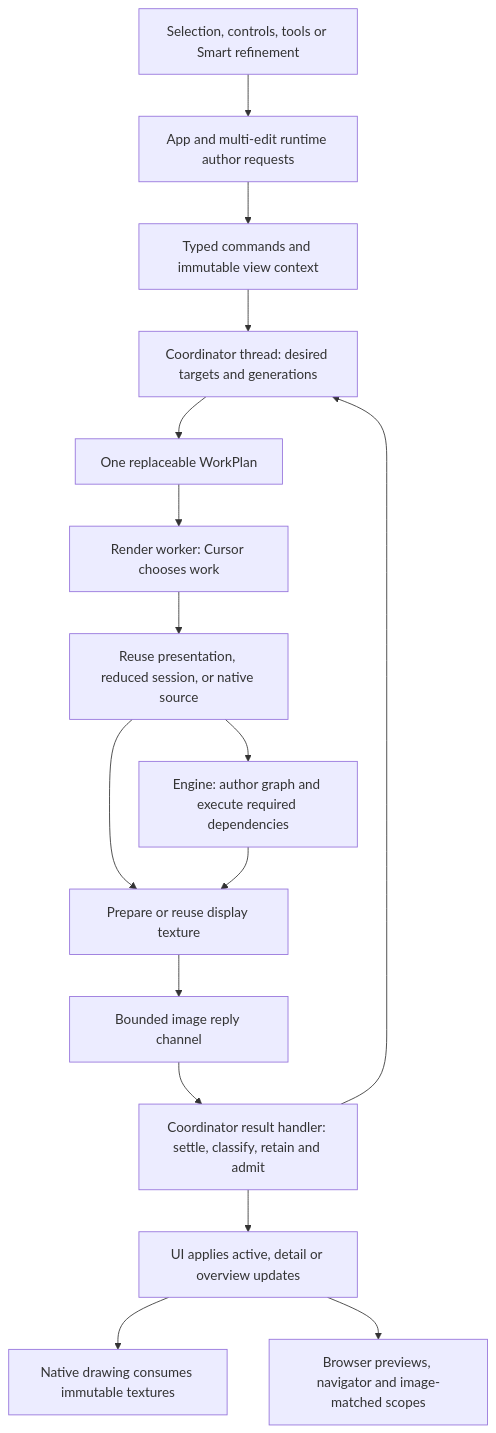
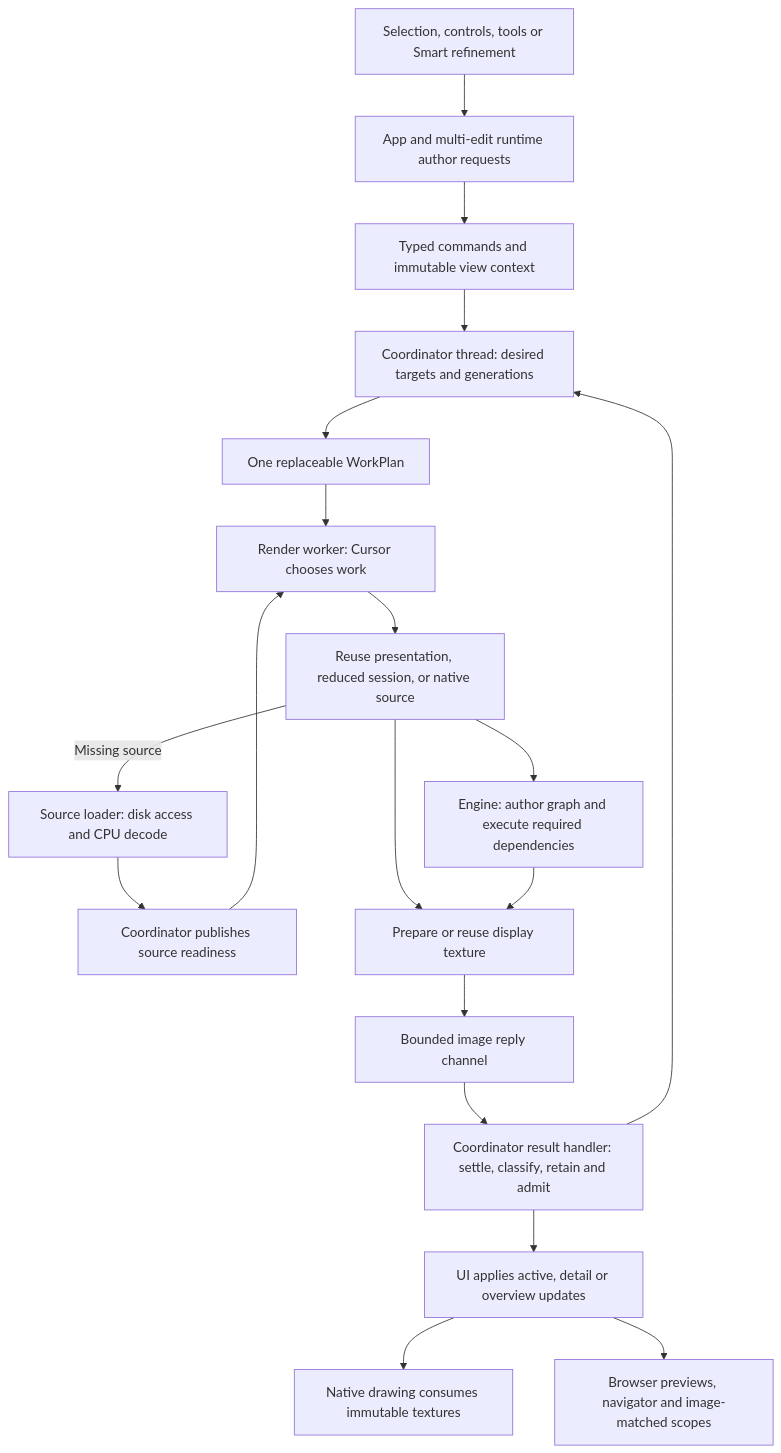
One commit to hank-bond/foveonic changed the first of 2 diagrams in docs/interactive-rendering-architecture.md. Above: the diagram before and after it, drawn with Mermaid. The commit also changed other lines of this file and 23 other files, not shown here.

````diff
--- a/docs/interactive-rendering-architecture.md
+++ b/docs/interactive-rendering-architecture.md
@@ -16,18 +16,21 @@
 ```mermaid
 flowchart TD
     Edit[Selection, controls, tools or Smart refinement] --> UI[App and multi-edit runtime author requests]
     UI --> Commands[Typed commands and immutable view context]
     Commands --> Coordinator[Coordinator thread: desired targets and generations]
     Coordinator --> Plan[One replaceable WorkPlan]
     Plan --> Worker[Render worker: Cursor chooses work]
     Worker --> Reuse[Reuse presentation, reduced session, or native source]
+    Reuse -->|Missing source| Loading[Source loader: disk access and CPU decode]
+    Loading --> Ready[Coordinator publishes source readiness]
+    Ready --> Worker
     Reuse --> Numeric[Engine: author graph and execute required dependencies]
     Reuse --> View[Prepare or reuse display texture]
     Numeric --> View
     View --> Reply[Bounded image reply channel]
     Reply --> Handler[Coordinator result handler: settle, classify, retain and admit]
     Handler --> Frames[UI applies active, detail or overview updates]
     Handler --> Coordinator
     Frames --> Draw[Native drawing consumes immutable textures]
     Frames --> Aux[Browser previews, navigator and image-matched scopes]
 ```
````
